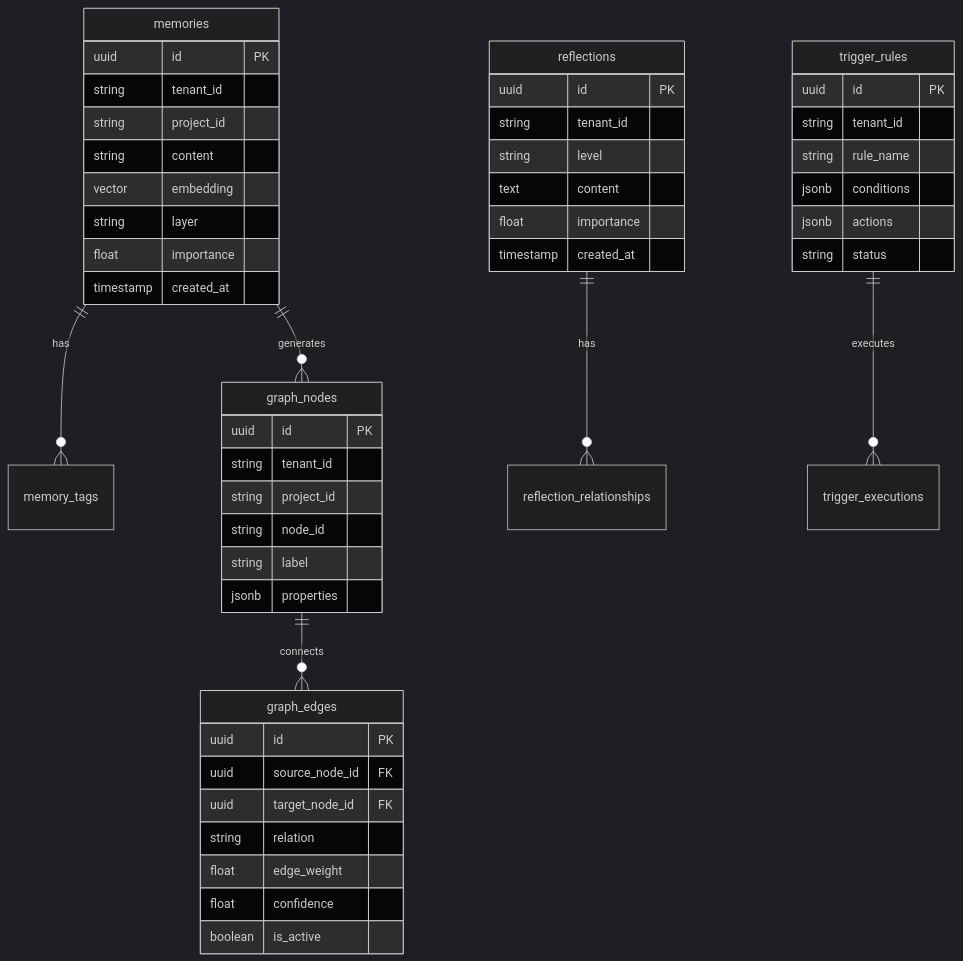
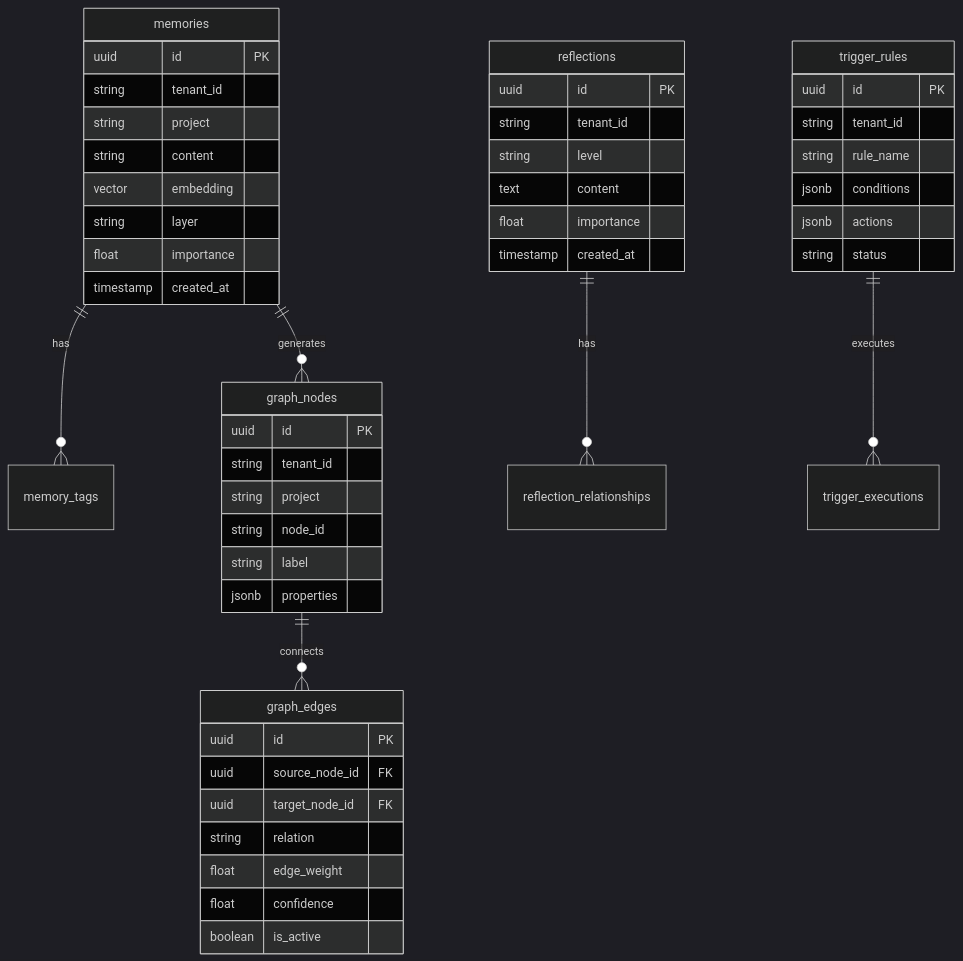
One commit to dreamsoft-pro/RAE-agentic-memory changed the eighth of 13 diagrams in docs/reference/architecture/ARCHITECTURE_DIAGRAMS.md. Above: the diagram before and after it, drawn with Mermaid (dark theme). The commit also changed 266 other files, not shown here.

Commit message:
Architecture: Implemented Zero Hardcoding Policy (Mass Refactoring)

````diff
--- a/docs/reference/architecture/ARCHITECTURE_DIAGRAMS.md
+++ b/docs/reference/architecture/ARCHITECTURE_DIAGRAMS.md
@@ -312,55 +312,55 @@
 ```mermaid
 erDiagram
     memories ||--o{ memory_tags : has
     memories ||--o{ graph_nodes : generates
     memories {
         uuid id PK
         string tenant_id
-        string project_id
+        string project
         string content
         vector embedding
         string layer
         float importance
         timestamp created_at
     }
 
     graph_nodes ||--o{ graph_edges : connects
     graph_nodes {
         uuid id PK
         string tenant_id
-        string project_id
+        string project
         string node_id
         string label
         jsonb properties
     }
 
     graph_edges {
         uuid id PK
         uuid source_node_id FK
         uuid target_node_id FK
         string relation
         float edge_weight
         float confidence
         boolean is_active
     }
 
     reflections ||--o{ reflection_relationships : has
     reflections {
         uuid id PK
         string tenant_id
         string level
         text content
         float importance
         timestamp created_at
     }
 
     trigger_rules ||--o{ trigger_executions : executes
     trigger_rules {
         uuid id PK
         string tenant_id
         string rule_name
         jsonb conditions
         jsonb actions
         string status
     }
 ```
````
